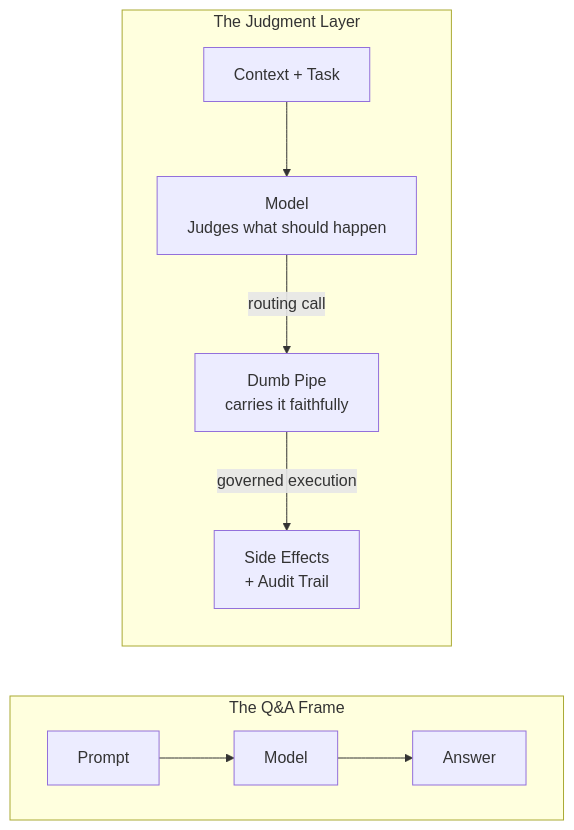
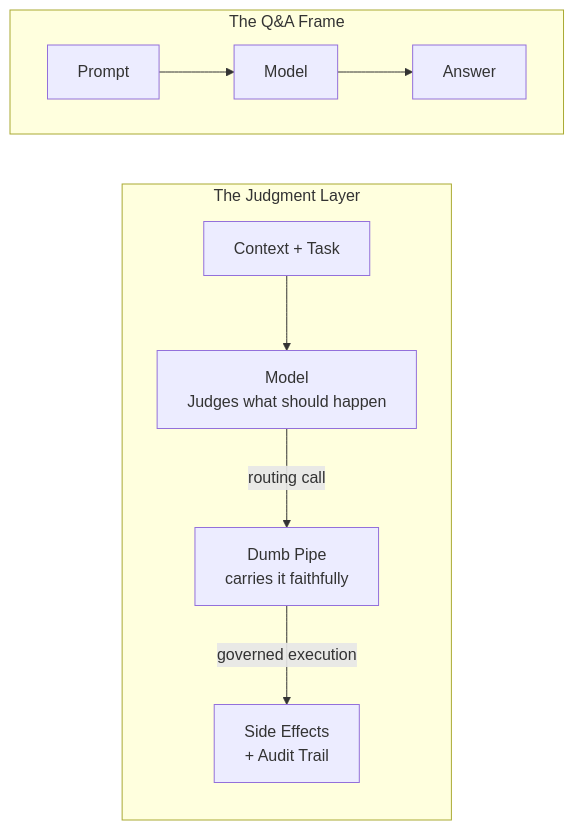
One commit to dbmcco/dbmcco.github.io changed the first of 3 diagrams in _posts/2026-03-24-smart-models-dumb-pipes.md. Above: the diagram before and after it, drawn with Mermaid. The commit also changed other lines of this file, not shown here.

First line of the commit message:
Add collapsible details, fix diagrams, weave in article links

```diff
--- a/_posts/2026-03-24-smart-models-dumb-pipes.md
+++ b/_posts/2026-03-24-smart-models-dumb-pipes.md
@@ -252,13 +284,13 @@
   <div class="mermaid">
 flowchart LR
-    subgraph qa ["The Q&A Frame"]
-        direction LR
-        q1["Prompt"] --> q2["Model"] --> q3["Answer"]
-    end
     subgraph jl ["The Judgment Layer"]
         direction TB
         j1["Context + Task"] --> j2["Model\nJudges what should happen"]
         j2 -->|routing call| j3["Dumb Pipe\ncarries it faithfully"]
         j3 -->|governed execution| j4["Side Effects\n+ Audit Trail"]
     end
+    subgraph qa ["The Q&A Frame"]
+        direction LR
+        q1["Prompt"] --> q2["Model"] --> q3["Answer"]
+    end
   </div>
```
